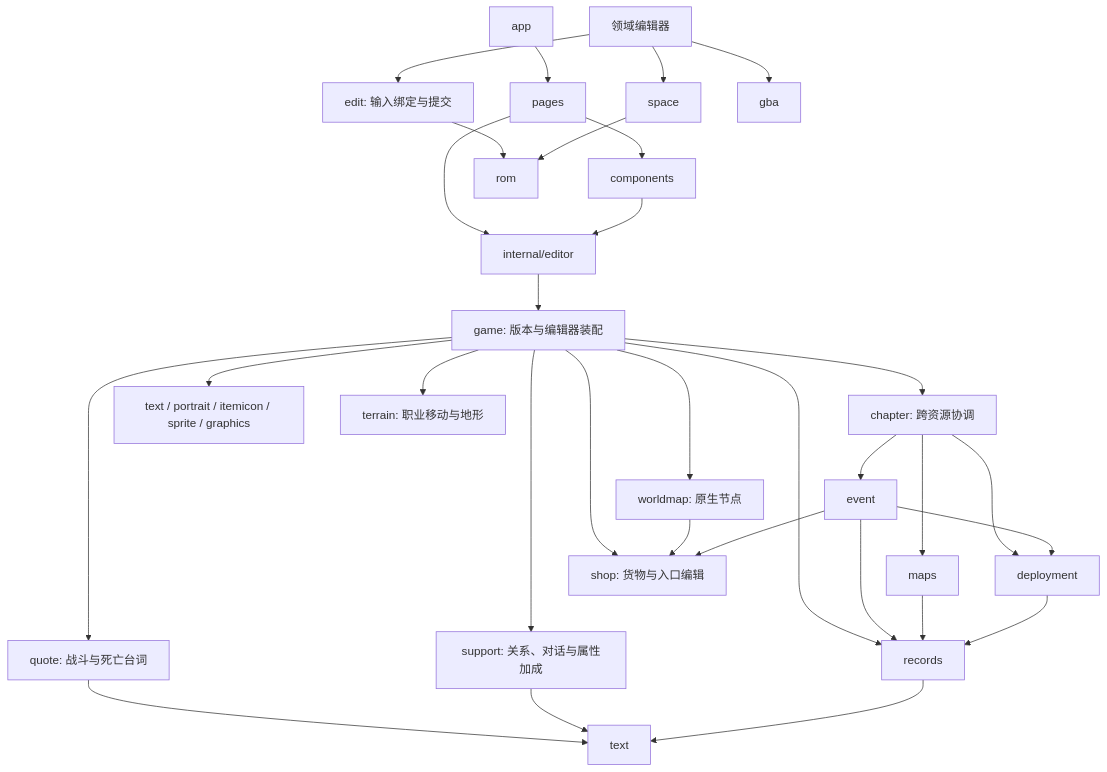
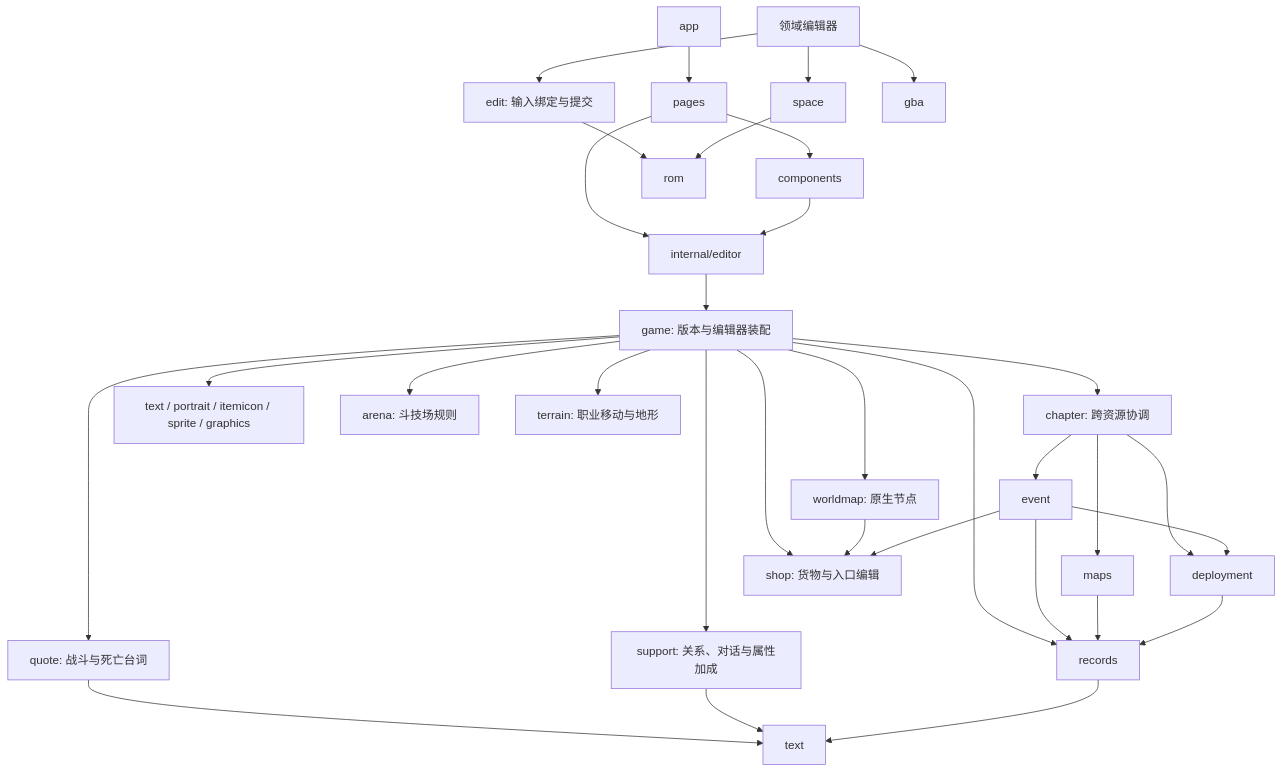
One commit to woxQAQ/febuildergba-mygo changed the first of 2 diagrams in docs/architecture.md. Above: the diagram before and after it, drawn with Mermaid. The commit also changed other lines of this file and 30 other files, not shown here.

````diff
--- a/docs/architecture.md
+++ b/docs/architecture.md
@@ -60,33 +61,34 @@
 ```mermaid
 flowchart TD
     App[app] --> Pages[pages]
     Pages --> Components[components]
     Pages --> State[internal/editor]
     Components --> State
     State --> Game[game: 版本与编辑器装配]
     Game --> Chapter[chapter: 跨资源协调]
     Game --> Records[records]
     Game --> Media[text / portrait / itemicon / sprite / graphics]
     Chapter --> Maps[maps]
     Chapter --> Event[event]
     Chapter --> Deployment[deployment]
     Event --> Deployment
     Game --> Quote[quote: 战斗与死亡台词]
     Quote --> Text
+    Game --> Arena[arena: 斗技场规则]
     Game --> Support[support: 关系、对话与属性加成]
     Game --> Terrain[terrain: 职业移动与地形]
     Support --> Text
     Game --> Shop[shop: 货物与入口编辑]
     Game --> Worldmap[worldmap: 原生节点]
     Worldmap --> Shop
     Event --> Shop
     Event --> Records
     Maps --> Records
     Deployment --> Records
     Records --> Text[text]
     Domain[领域编辑器] --> Edit[edit: 输入绑定与提交]
     Edit --> ROM[rom]
     Domain --> Space[space]
     Domain --> GBA[gba]
     Space --> ROM
 ```
````
